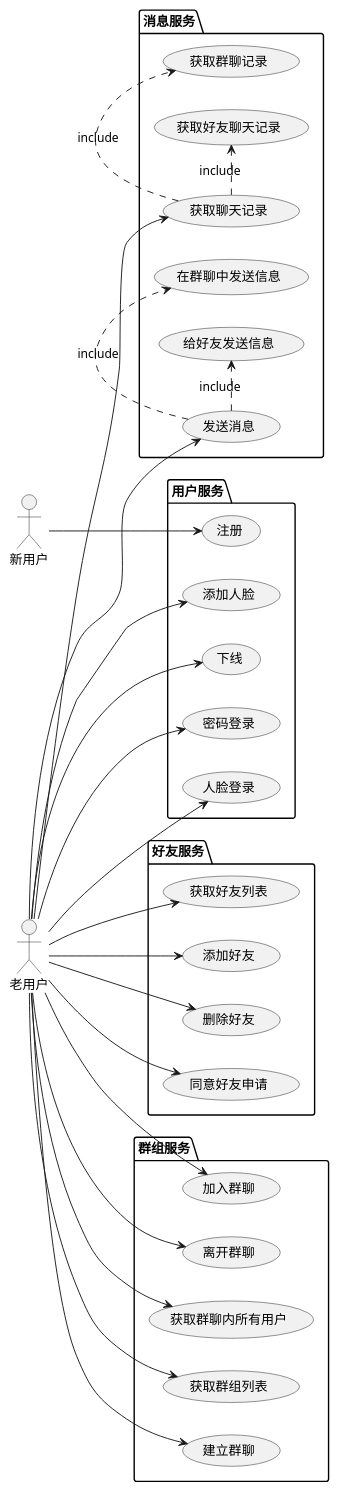
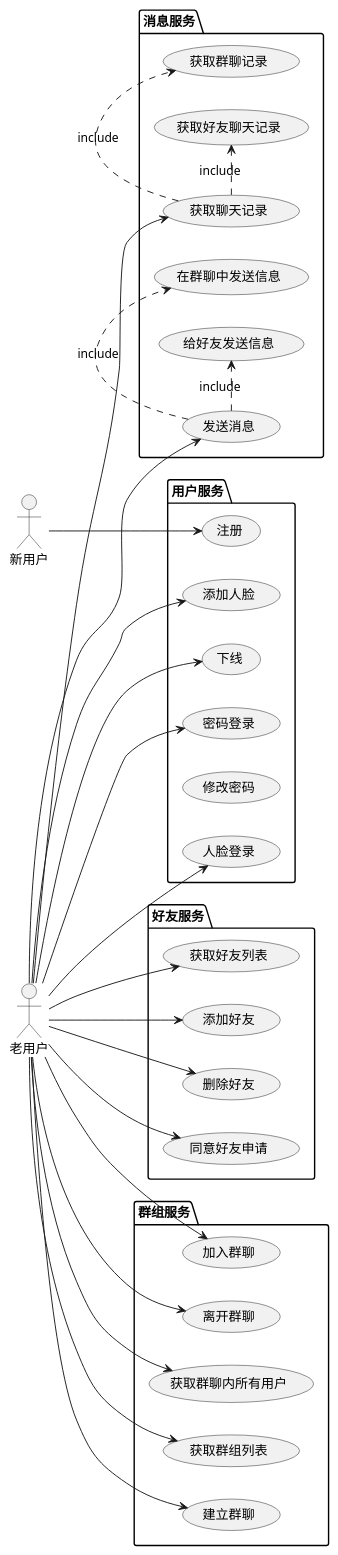
The diagram in uml/UseCaseUML.puml (Guo-Chenxu/chatroom), drawn with PlantUML before and after one commit. The commit also changed 4 other files, not shown here.

```diff
--- a/uml/UseCaseUML.puml
+++ b/uml/UseCaseUML.puml
@@ -1,56 +1,57 @@
 @startuml
 left to right direction
 actor 老用户
 actor 新用户
 package 用户服务{
      usecase "注册"
      usecase "密码登录"
      usecase "人脸登录"
      usecase "添加人脸"
+     usecase "修改密码"
      usecase "下线"
 }
 package 好友服务{
      usecase "获取好友列表"
      usecase "添加好友"
      usecase "删除好友"
      usecase "同意好友申请"
 }
 package 消息服务{
      usecase "获取聊天记录"
      usecase "发送消息"
     "获取聊天记录" .> (获取群聊记录) : include
     "获取聊天记录" .> (获取好友聊天记录) : include
     "发送消息".> (在群聊中发送信息) : include
     "发送消息".> (给好友发送信息) : include
 }
 package 群组服务{
      usecase "获取群组列表"
      usecase "建立群聊"
      usecase "加入群聊"
      usecase "离开群聊"
      usecase "获取群聊内所有用户"
 }
 
 新用户 --> "注册"
 
 老用户 --> "密码登录"
 老用户 --> "人脸登录"
 老用户 --> "添加人脸"
 老用户 --> "下线"
 
 老用户 --> "获取好友列表"
 老用户 --> "添加好友"
 老用户 --> "删除好友"
 老用户 --> "同意好友申请"
 
 老用户 --> "获取聊天记录"
 老用户 --> "发送消息"
 
 老用户 --> "获取群组列表"
 老用户 --> "建立群聊"
 老用户 --> "加入群聊"
 老用户 --> "离开群聊"
 老用户 --> "获取群聊内所有用户"
 
 
 @enduml
```
